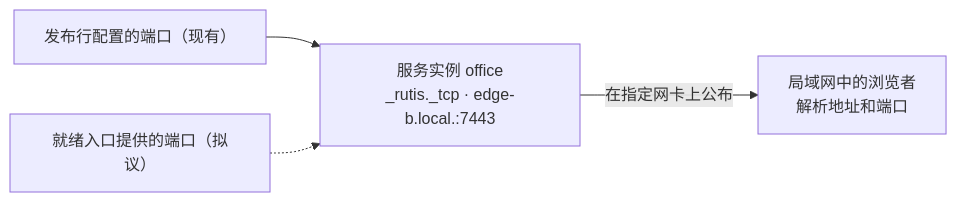
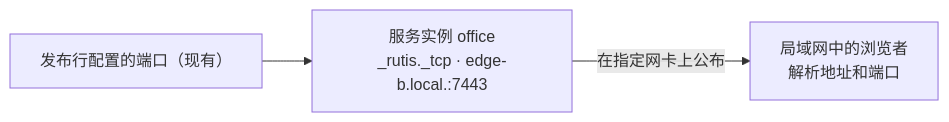
The diagram in discovery/mdns/README.zh-CN.md (arcships/rutis-network), drawn with Mermaid before and after one commit. The commit also changed other lines of this file and 3 other files, not shown here.

````diff
--- a/discovery/mdns/README.zh-CN.md
+++ b/discovery/mdns/README.zh-CN.md
@@ -11,6 +11,5 @@
 ```mermaid
 flowchart LR
     config["发布行配置的端口（现有）"] --> ad["服务实例 office<br/>_rutis._tcp · edge-b.local.:7443"]
-    ready["就绪入口提供的端口（拟议）"] -.-> ad
     ad -->|"在指定网卡上公布"| peer["局域网中的浏览者<br/>解析地址和端口"]
 ```
````
